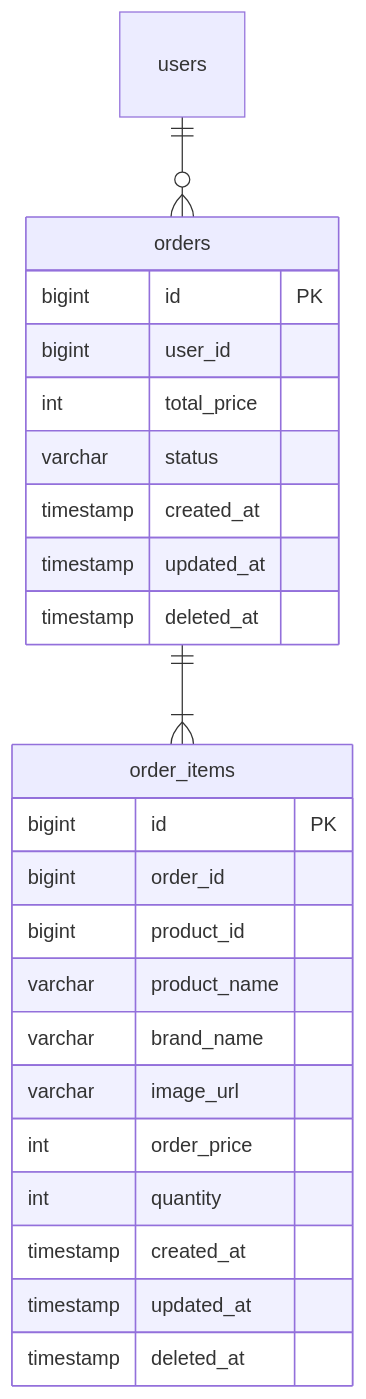
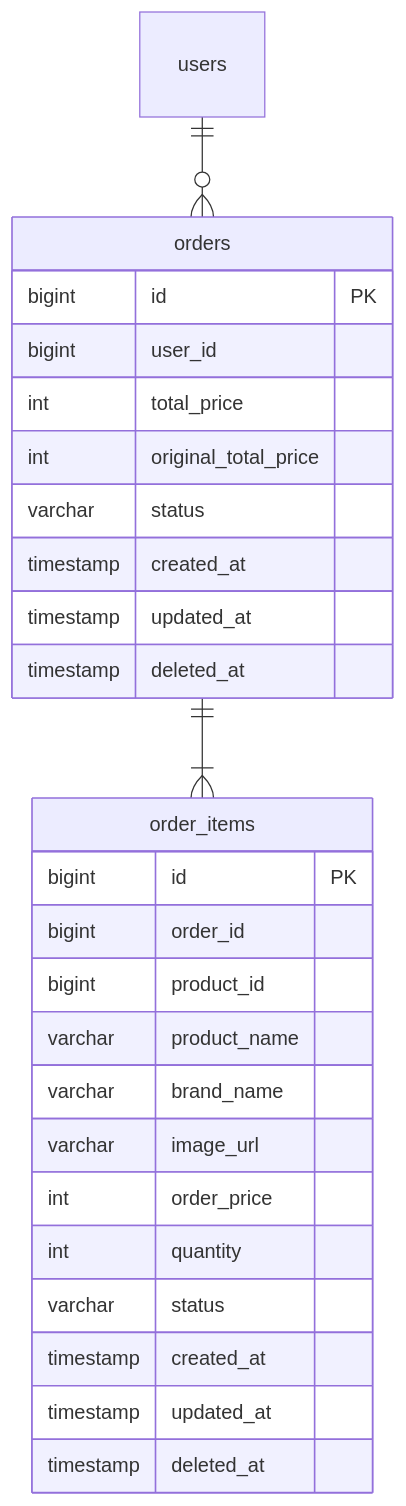
Before and after one commit to plan11plan/loop-pack-be-l2-vol3-java: the fourth of 4 diagrams in docs/design/order/DESIGN.md, drawn with Mermaid. The commit also changed other lines of this file and 2 other files, not shown here.

````diff
--- a/docs/design/order/DESIGN.md
+++ b/docs/design/order/DESIGN.md
@@ -204,29 +316,31 @@
 ```mermaid
 erDiagram
     orders {
         bigint id PK
         bigint user_id
         int total_price
+        int original_total_price
         varchar status
         timestamp created_at
         timestamp updated_at
         timestamp deleted_at
     }
 
     order_items {
         bigint id PK
         bigint order_id
         bigint product_id
         varchar product_name
         varchar brand_name
         varchar image_url
         int order_price
         int quantity
+        varchar status
         timestamp created_at
         timestamp updated_at
         timestamp deleted_at
     }
 
     users ||--o{ orders : ""
     orders ||--|{ order_items : ""
 ```
````
